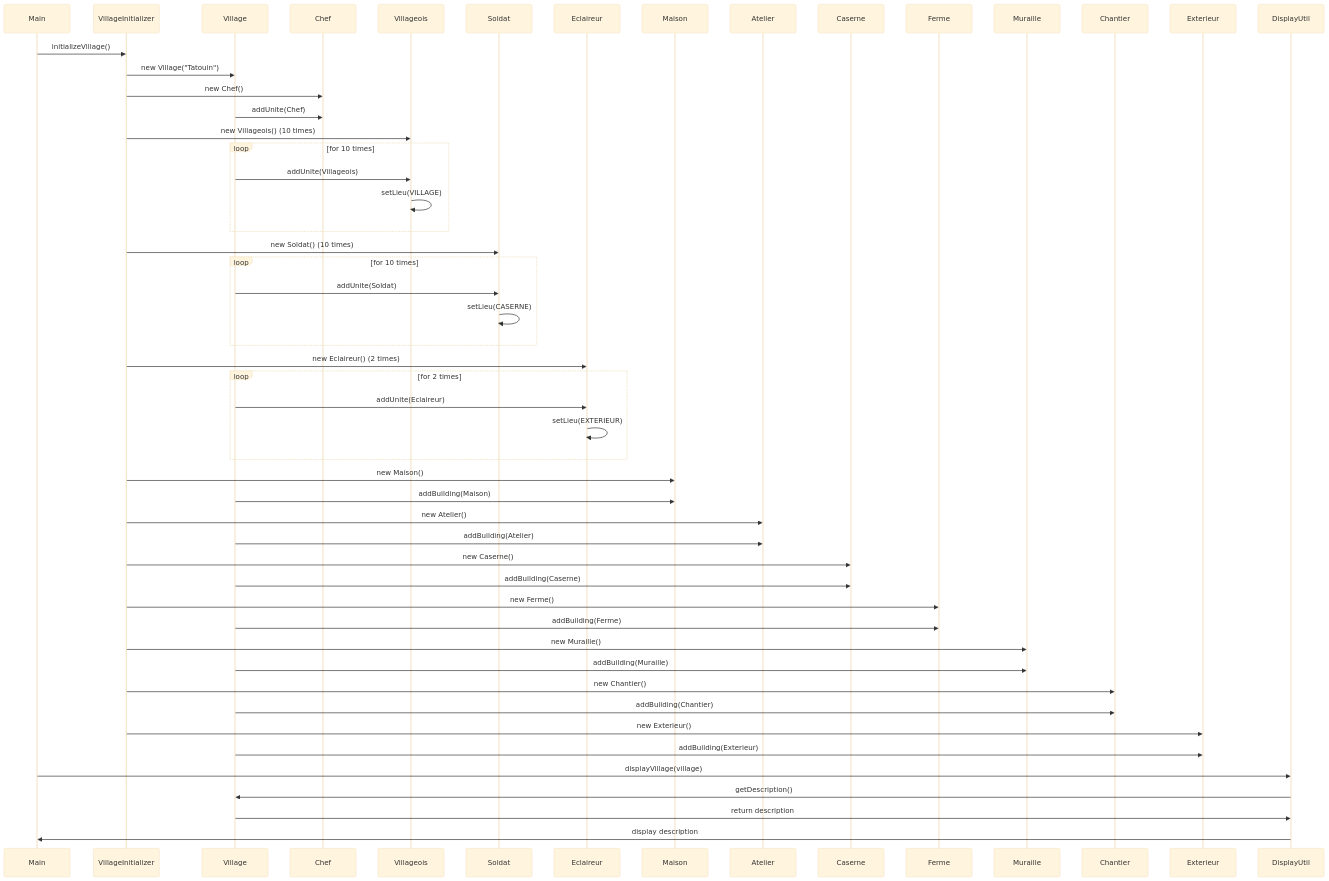
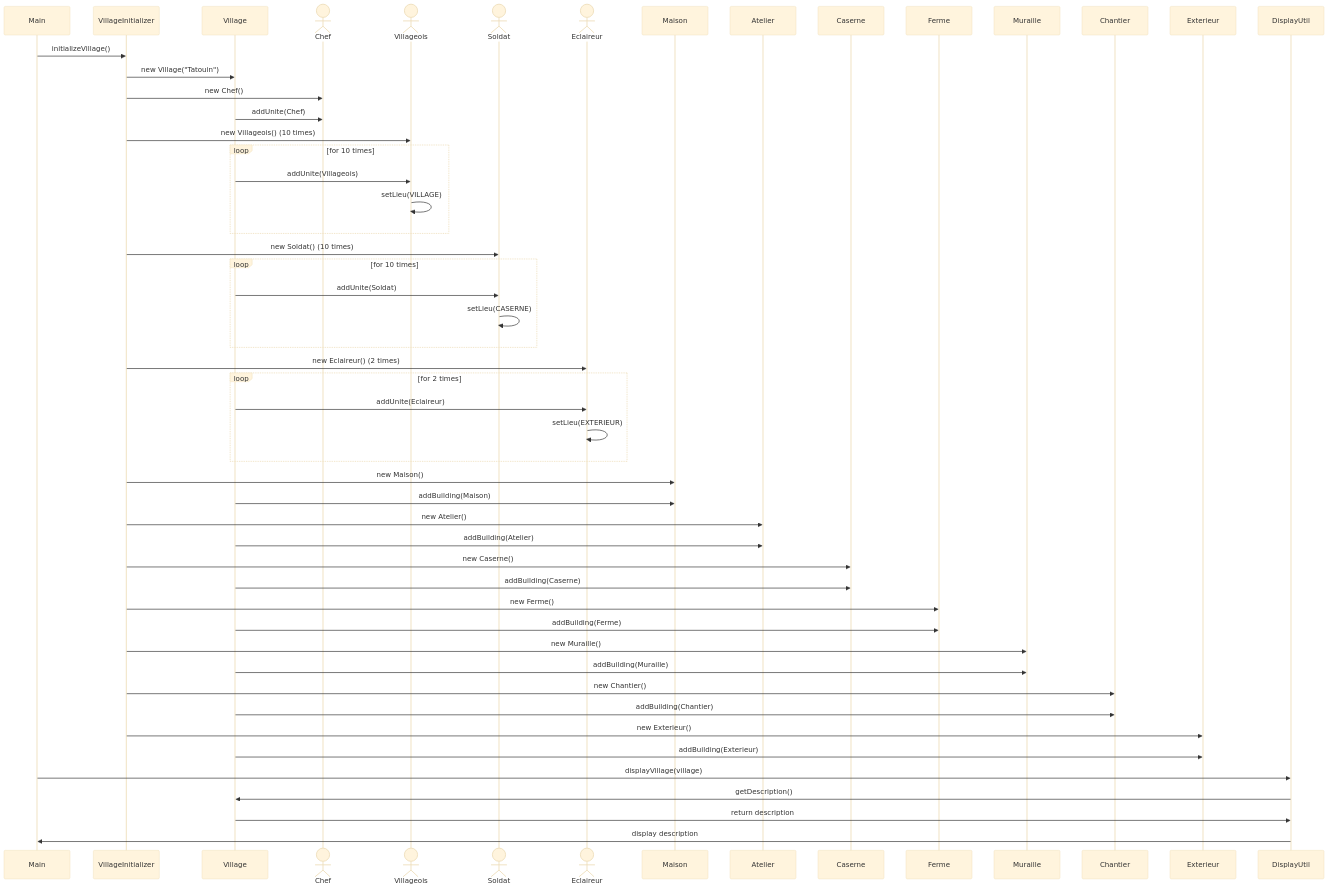
One commit to JCMaif/Brief08---Brief09---Legacy_of_Lands changed the diagram in src/main/resources/SequenceDiagramm.mmd. Above: the diagram before and after it, drawn with Mermaid (base theme). The commit also changed 2 other files, not shown here.

```diff
--- a/src/main/resources/SequenceDiagramm.mmd
+++ b/src/main/resources/SequenceDiagramm.mmd
@@ -1,54 +1,54 @@
 sequenceDiagram
     participant Main
     participant VillageInitializer
     participant Village
-    participant Chef
-    participant Villageois
-    participant Soldat
-    participant Eclaireur
+    actor Chef
+    actor Villageois
+    actor Soldat
+    actor Eclaireur
     participant Maison
     participant Atelier
     participant Caserne
     participant Ferme
     participant Muraille
     participant Chantier
     participant Exterieur
     participant DisplayUtil
 
     Main->>VillageInitializer: initializeVillage()
     VillageInitializer->>Village: new Village("Tatouin")
     VillageInitializer->>Chef: new Chef()
     Village->>Chef: addUnite(Chef)
     VillageInitializer->>Villageois: new Villageois() (10 times)
     loop for 10 times
         Village->>Villageois: addUnite(Villageois)
         Villageois->>Villageois: setLieu(VILLAGE)
     end
     VillageInitializer->>Soldat: new Soldat() (10 times)
     loop for 10 times
         Village->>Soldat: addUnite(Soldat)
         Soldat->>Soldat: setLieu(CASERNE)
     end
     VillageInitializer->>Eclaireur: new Eclaireur() (2 times)
     loop for 2 times
         Village->>Eclaireur: addUnite(Eclaireur)
         Eclaireur->>Eclaireur: setLieu(EXTERIEUR)
     end
     VillageInitializer->>Maison: new Maison()
     Village->>Maison: addBuilding(Maison)
     VillageInitializer->>Atelier: new Atelier()
     Village->>Atelier: addBuilding(Atelier)
     VillageInitializer->>Caserne: new Caserne()
     Village->>Caserne: addBuilding(Caserne)
     VillageInitializer->>Ferme: new Ferme()
     Village->>Ferme: addBuilding(Ferme)
     VillageInitializer->>Muraille: new Muraille()
     Village->>Muraille: addBuilding(Muraille)
     VillageInitializer->>Chantier: new Chantier()
     Village->>Chantier: addBuilding(Chantier)
     VillageInitializer->>Exterieur: new Exterieur()
     Village->>Exterieur: addBuilding(Exterieur)
     Main->>DisplayUtil: displayVillage(village)
     DisplayUtil->>Village: getDescription()
     Village->>DisplayUtil: return description
     DisplayUtil->>Main: display description
```
